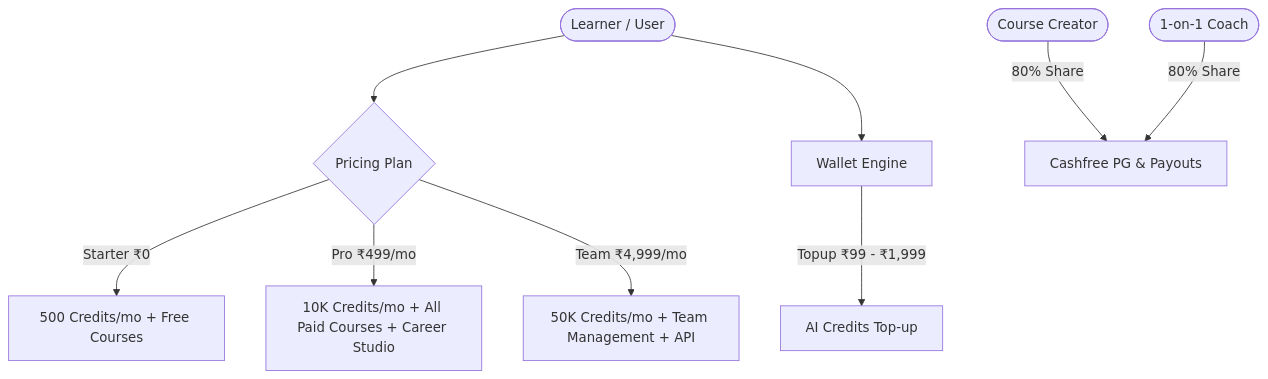
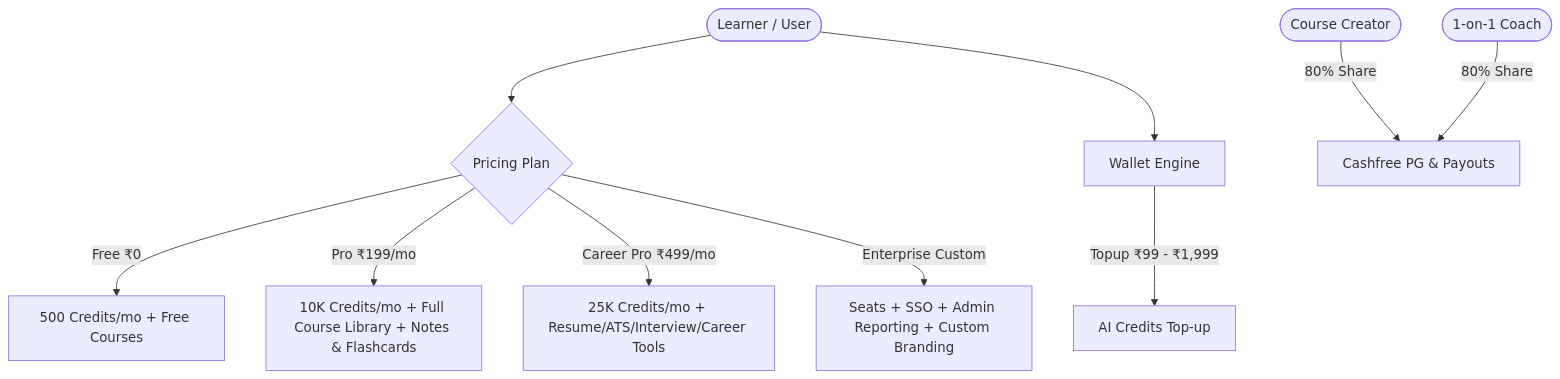
Before and after one commit to Vishwajeetsrk/learnifyai: the diagram in Plan/implementation_plan.md, drawn with Mermaid. The commit also changed 21 other files, not shown here.

Commit message:
v3.9.7: Full pricing alignment — Free (₹0, Acquisition), Pro (₹199/mo, Casual learners), Career Pro (₹499/mo, Job-seekers), Enterprise (Custom) across all 22 files

````diff
--- a/Plan/implementation_plan.md
+++ b/Plan/implementation_plan.md
@@ -73,13 +73,14 @@
 ```mermaid
 graph TD
     User([Learner / User]) --> Plans{Pricing Plan}
-    Plans -->|Starter ₹0| FreeAccess[500 Credits/mo + Free Courses]
-    Plans -->|Pro ₹499/mo| ProAccess[10K Credits/mo + All Paid Courses + Career Studio]
-    Plans -->|Team ₹4,999/mo| TeamAccess[50K Credits/mo + Team Management + API]
+    Plans -->|Free ₹0| FreeAccess[500 Credits/mo + Free Courses]
+    Plans -->|Pro ₹199/mo| ProAccess[10K Credits/mo + Full Course Library + Notes & Flashcards]
+    Plans -->|Career Pro ₹499/mo| CareerProAccess[25K Credits/mo + Resume/ATS/Interview/Career Tools]
+    Plans -->|Enterprise Custom| EnterpriseAccess[Seats + SSO + Admin Reporting + Custom Branding]
 
     User --> Wallet[Wallet Engine]
     Wallet -->|Topup ₹99 - ₹1,999| AICredits[AI Credits Top-up]
 
     Creator([Course Creator]) -->|80% Share| CashfreePG[Cashfree PG & Payouts]
     Coach([1-on-1 Coach]) -->|80% Share| CashfreePG
 ```
````
